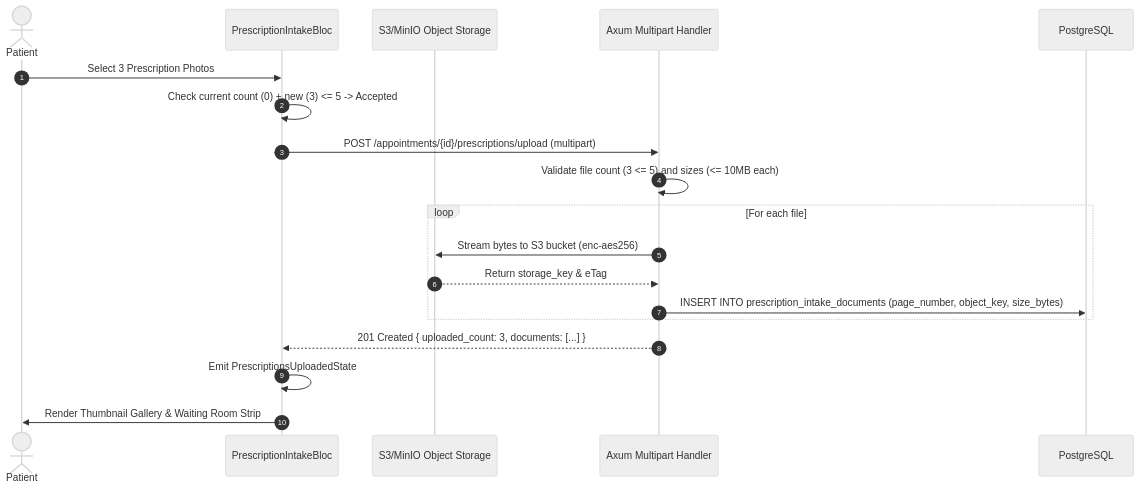
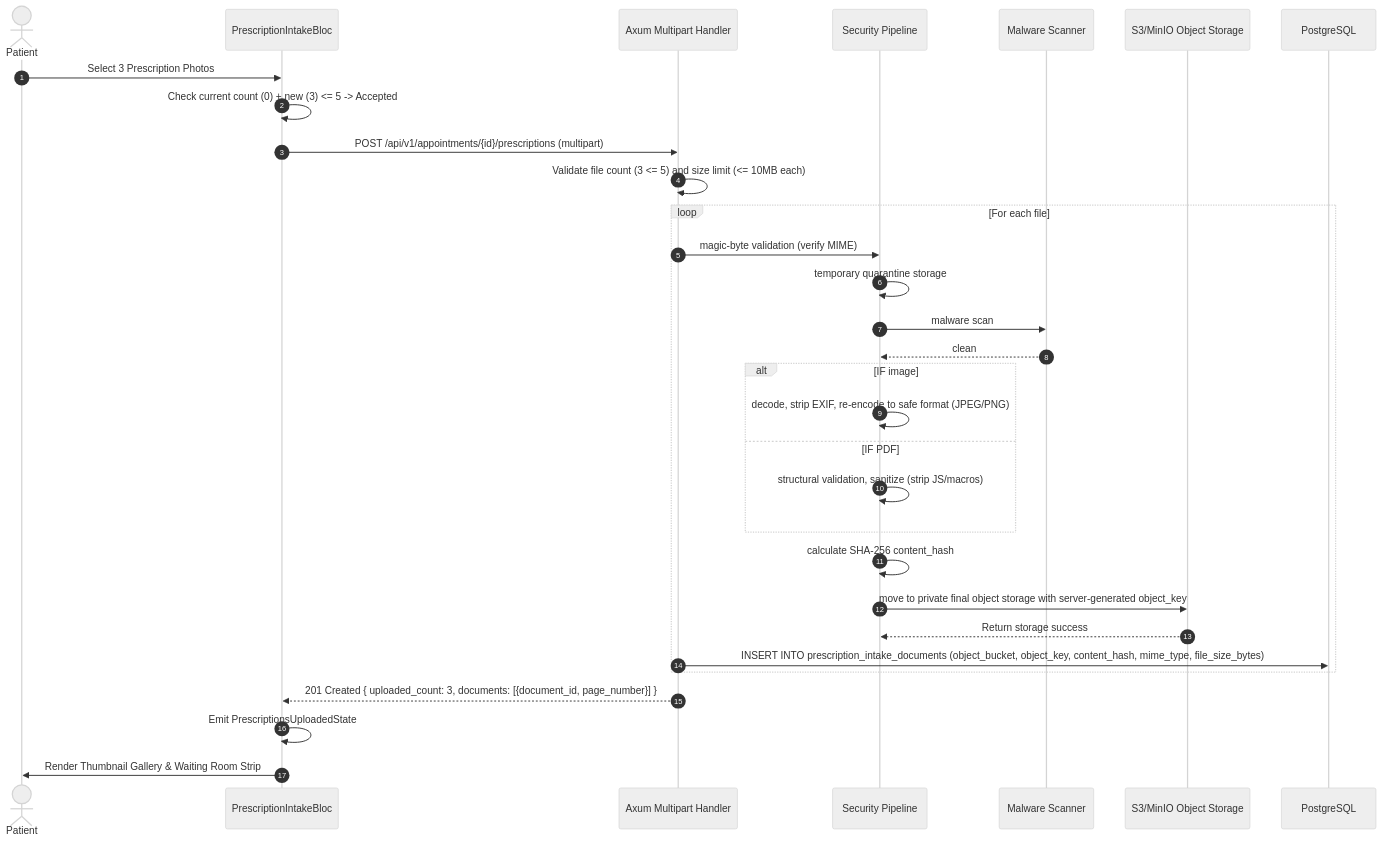
Before and after one commit to MeherabHS/hellodoctor: the second of 5 diagrams in docs/DATA_FLOW.md, drawn with Mermaid (neutral theme). The commit also changed other lines of this file and 8 other files, not shown here.

````diff
--- a/docs/DATA_FLOW.md
+++ b/docs/DATA_FLOW.md
@@ -57,22 +60,34 @@
 ```mermaid
 sequenceDiagram
     autonumber
     actor Patient as Patient
     participant Bloc as PrescriptionIntakeBloc
+    participant Axum as Axum Multipart Handler
+    participant SecPipe as Security Pipeline
+    participant AV as Malware Scanner
     participant S3 as S3/MinIO Object Storage
-    participant Axum as Axum Multipart Handler
     participant DB as PostgreSQL
 
     Patient->>Bloc: Select 3 Prescription Photos
     Bloc->>Bloc: Check current count (0) + new (3) <= 5 -> Accepted
-    Bloc->>Axum: POST /appointments/{id}/prescriptions/upload (multipart)
-    Axum->>Axum: Validate file count (3 <= 5) and sizes (<= 10MB each)
+    Bloc->>Axum: POST /api/v1/appointments/{id}/prescriptions (multipart)
+    Axum->>Axum: Validate file count (3 <= 5) and size limit (<= 10MB each)
     loop For each file
-        Axum->>S3: Stream bytes to S3 bucket (enc-aes256)
-        S3-->>Axum: Return storage_key & eTag
-        Axum->>DB: INSERT INTO prescription_intake_documents (page_number, object_key, size_bytes)
+        Axum->>SecPipe: magic-byte validation (verify MIME)
+        SecPipe->>SecPipe: temporary quarantine storage
+        SecPipe->>AV: malware scan
+        AV-->>SecPipe: clean
+        alt IF image
+            SecPipe->>SecPipe: decode, strip EXIF, re-encode to safe format (JPEG/PNG)
+        else IF PDF
+            SecPipe->>SecPipe: structural validation, sanitize (strip JS/macros)
+        end
+        SecPipe->>SecPipe: calculate SHA-256 content_hash
+        SecPipe->>S3: move to private final object storage with server-generated object_key
+        S3-->>SecPipe: Return storage success
+        Axum->>DB: INSERT INTO prescription_intake_documents (object_bucket, object_key, content_hash, mime_type, file_size_bytes)
     end
-    Axum-->>Bloc: 201 Created { uploaded_count: 3, documents: [...] }
+    Axum-->>Bloc: 201 Created { uploaded_count: 3, documents: [{document_id, page_number}] }
     Bloc->>Bloc: Emit PrescriptionsUploadedState
     Bloc->>Patient: Render Thumbnail Gallery & Waiting Room Strip
 ```
````
